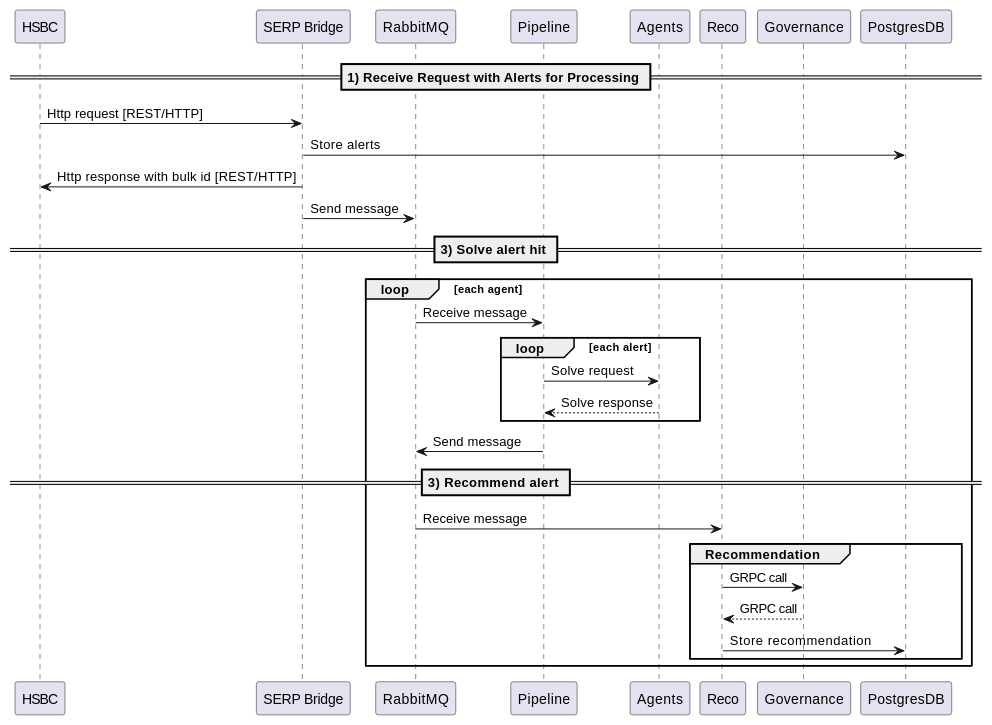
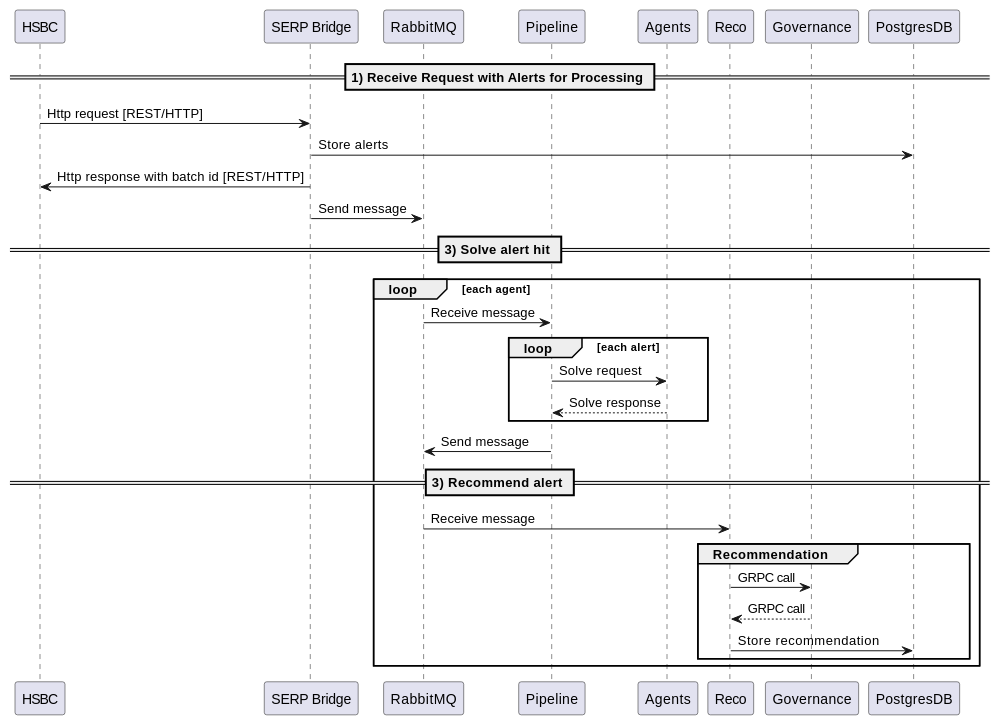
Before and after one commit to ngraczykowski/iris-root: the diagram in modules/hsbc-bridge/docs/diagrams/request-with-alerts-bulk.adoc, drawn with PlantUML. The commit also changed 23 other files, not shown here.

```diff
--- a/modules/hsbc-bridge/docs/diagrams/request-with-alerts-bulk.adoc
+++ b/modules/hsbc-bridge/docs/diagrams/request-with-alerts-bulk.adoc
@@ -1,37 +1,37 @@
 [plantuml,importing-steps,svg]
 -----
 @startuml
 participant HSBC
 participant "SERP Bridge"
 
 participant RabbitMQ
 participant Pipeline
 participant Agents
 participant Reco
 participant Governance
 participant PostgresDB
 == **1) Receive Request with Alerts for Processing** ==
 
 HSBC -> "SERP Bridge": Http request [REST/HTTP]
 "SERP Bridge" -> PostgresDB: Store alerts
-HSBC <- "SERP Bridge": Http response with bulk id [REST/HTTP]
+HSBC <- "SERP Bridge": Http response with batch id [REST/HTTP]
 "SERP Bridge" -> RabbitMQ: Send message
 
 == **3) Solve alert hit** ==
     loop each agent
     RabbitMQ -> Pipeline: Receive message
 loop each alert
       Pipeline -> Agents : Solve request
       Agents --> Pipeline : Solve response
     end
   Pipeline -> RabbitMQ : Send message
   == **3) Recommend alert** ==
   RabbitMQ -> Reco: Receive message
   group Recommendation
     Reco -> Governance: GRPC call
     Governance --> Reco: GRPC call
     Reco -> PostgresDB: Store recommendation
   end
 end
 @enduml
 -----
```
